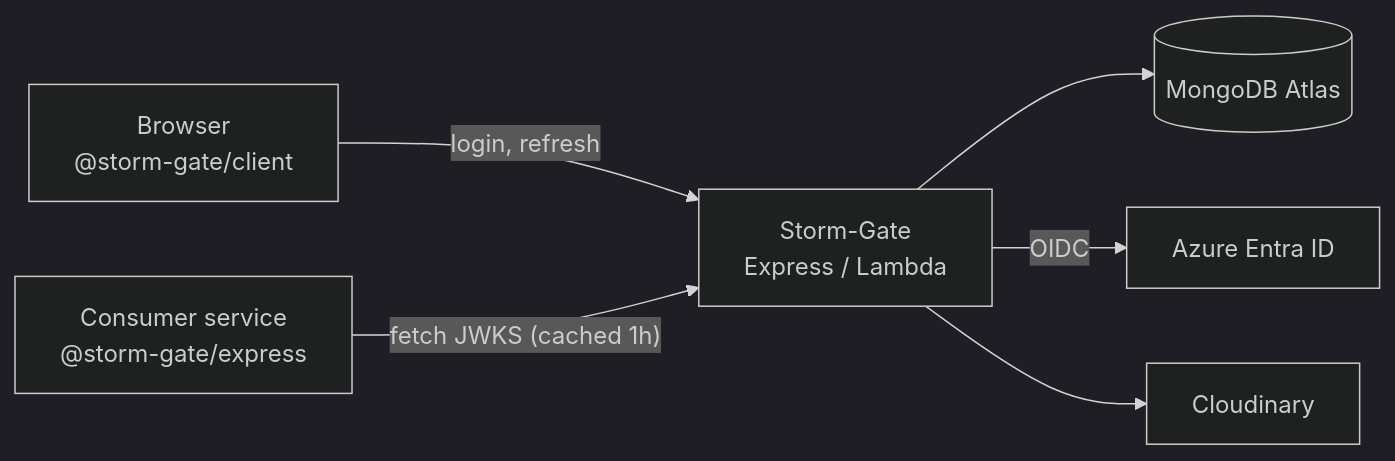
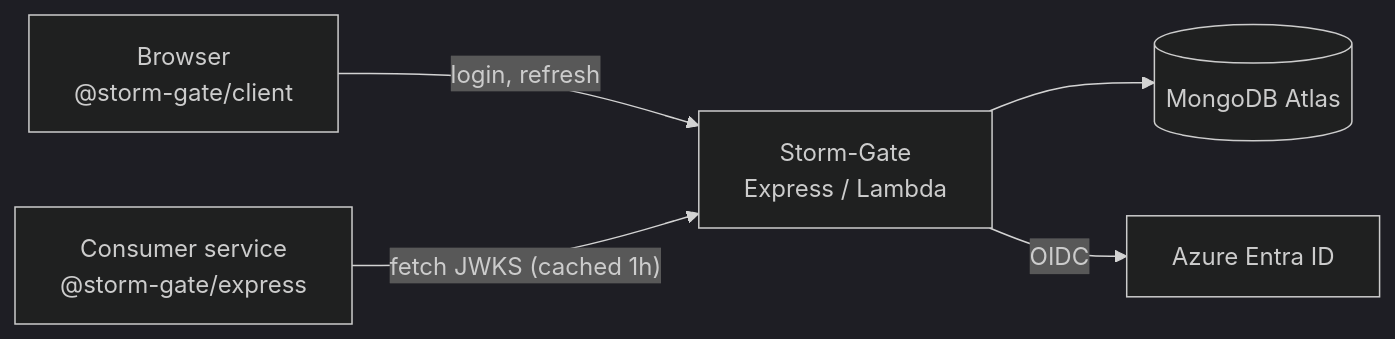
One commit to HoseaCodes/Storm-Gate changed the diagram in ARCHITECTURE.md. Above: the diagram before and after it, drawn with Mermaid (dark theme). The commit also changed other lines of this file and 14 other files, not shown here.

````diff
--- a/ARCHITECTURE.md
+++ b/ARCHITECTURE.md
@@ -12,8 +12,7 @@
 ```mermaid
 graph LR
   Browser["Browser<br/>@storm-gate/client"] -->|login, refresh| SG
   Consumer["Consumer service<br/>@storm-gate/express"] -->|"fetch JWKS (cached 1h)"| SG
   SG["Storm-Gate<br/>Express / Lambda"] --> Mongo[("MongoDB Atlas")]
   SG -->|OIDC| Azure["Azure Entra ID"]
-  SG --> Cloudinary["Cloudinary"]
 ```
````
